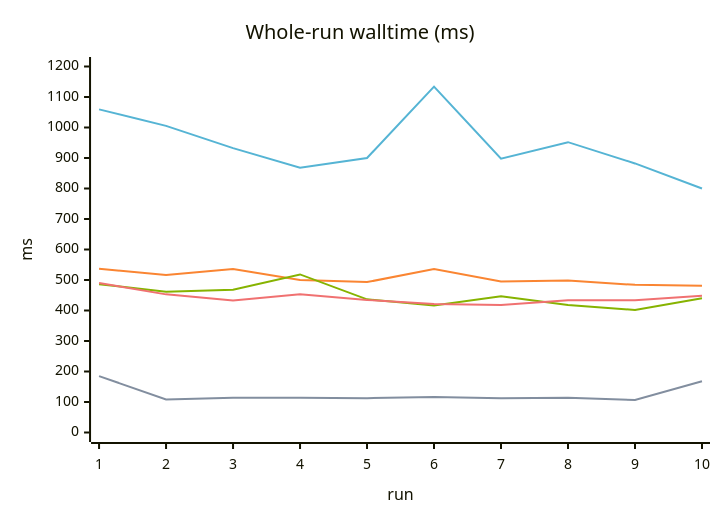
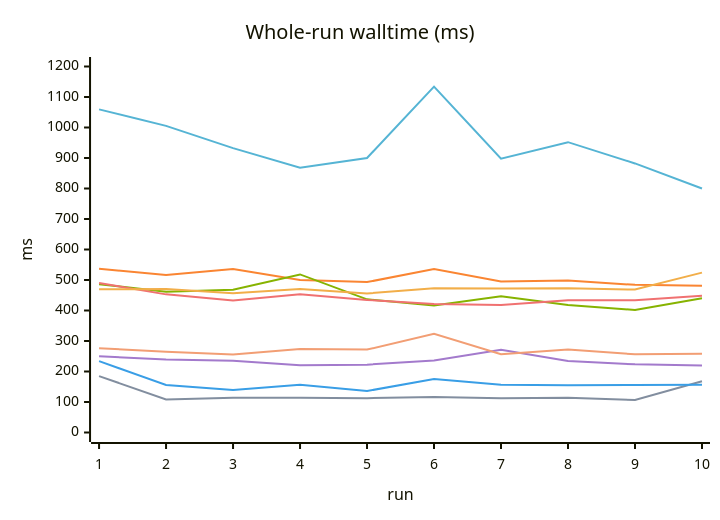
The third of 6 diagrams in docs/BENCHMARK.md (K4zoku/FF-WebHID), drawn with Mermaid before and after one commit. The commit also changed other lines of this file and 4 other files, not shown here.

Commit message:
docs: merge chr benchmark series into shared charts

````diff
--- a/docs/BENCHMARK.md
+++ b/docs/BENCHMARK.md
@@ -175,17 +179,21 @@
 ```mermaid
 ---
 config:
   themeVariables:
     xyChart:
-      plotColorPalette: '#55b4d4, #fa8532, #86b300, #f07171, #828e9f, #9c6ade'
+      plotColorPalette: '#55b4d4, #fa8532, #86b300, #f07171, #828e9f, #f2ae49, #399ee6, #a37acc, #f29e74'
 ---
 xychart
     title "Whole-run walltime (ms)"
     x-axis "run" [1, 2, 3, 4, 5, 6, 7, 8, 9, 10]
     y-axis "ms" 0 --> 1200
     line "nm" [1059.5, 1005.4, 932.5, 868.0, 900.1, 1134.0, 897.9, 951.9, 882.2, 800.0]
     line "ws" [536.9, 516.5, 535.8, 499.8, 493.2, 535.9, 495.3, 498.2, 484.1, 481.1]
     line "wt-inpage" [486.2, 461.8, 467.9, 518.3, 436.6, 416.7, 446.3, 417.8, 402.0, 440.0]
     line "wt" [490.0, 452.9, 432.4, 453.0, 434.7, 421.3, 417.9, 433.3, 434.0, 448.5]
     line "native" [184.9, 108.2, 113.9, 114.1, 112.7, 116.0, 112.5, 114.3, 106.6, 168.0]
+    line "chr-nm" [469.9, 470.2, 456.8, 470.1, 455.7, 473.2, 471.8, 473.2, 468.6, 524.2]
+    line "chr-ws" [233.9, 155.8, 139.5, 156.6, 136.0, 175.0, 156.4, 154.8, 155.8, 156.2]
+    line "chr-wt-inpage" [250.0, 239.2, 235.0, 220.5, 222.4, 236.1, 270.9, 234.3, 223.4, 219.3]
+    line "chr-wt" [276.5, 264.8, 256.0, 273.4, 271.9, 323.4, 256.3, 271.8, 256.2, 258.5]
 ```
````
